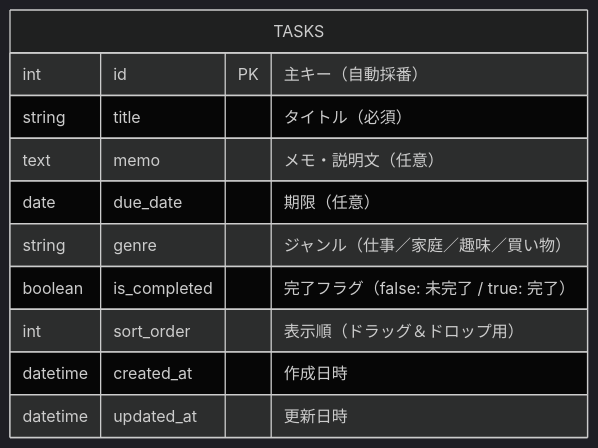
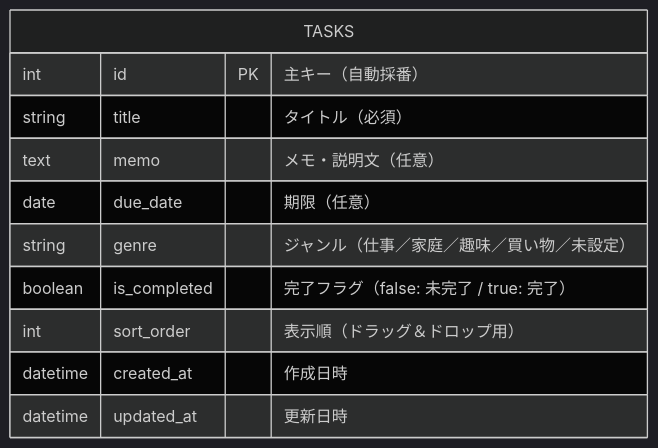
The diagram in docs/DB設計.md (DaikiTanaka8/TaskManagement), drawn with Mermaid (dark theme) before and after one commit. The commit also changed other lines of this file and 3 other files, not shown here.

````diff
--- a/docs/DB設計.md
+++ b/docs/DB設計.md
@@ -13,14 +13,14 @@
 ```mermaid
 erDiagram
     TASKS {
         int id PK "主キー（自動採番）"
         string title "タイトル（必須）"
         text memo "メモ・説明文（任意）"
         date due_date "期限（任意）"
-        string genre "ジャンル（仕事／家庭／趣味／買い物）"
+        string genre "ジャンル（仕事／家庭／趣味／買い物／未設定）"
         boolean is_completed "完了フラグ（false: 未完了 / true: 完了）"
         int sort_order "表示順（ドラッグ＆ドロップ用）"
         datetime created_at "作成日時"
         datetime updated_at "更新日時"
     }
 ```
````
